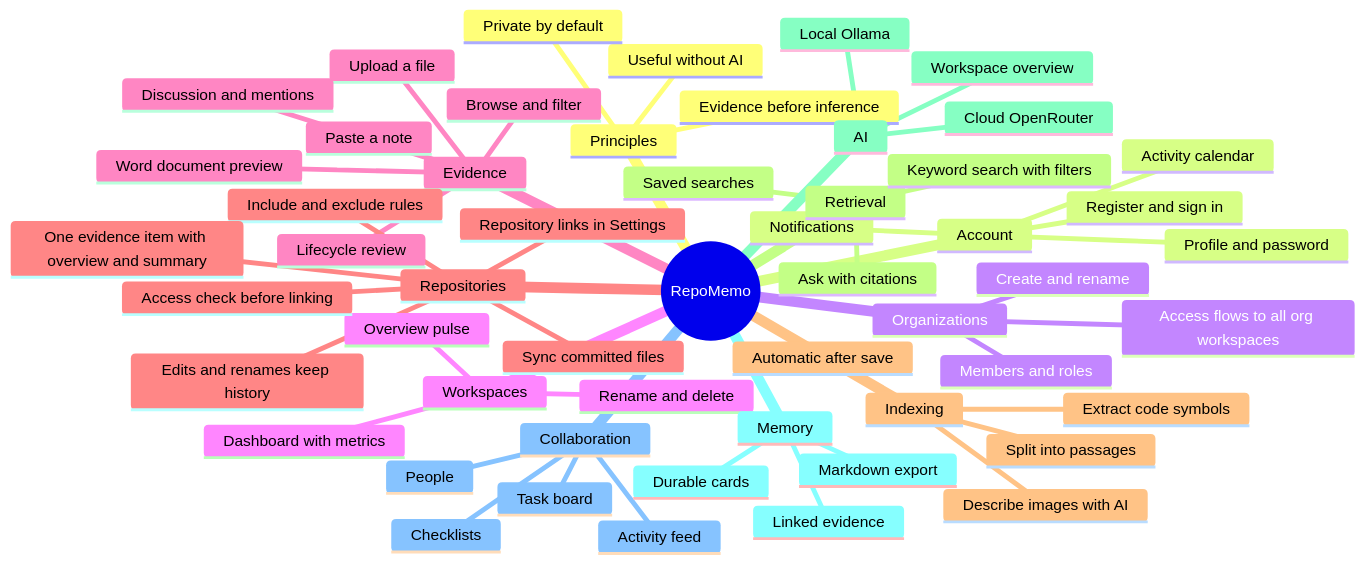
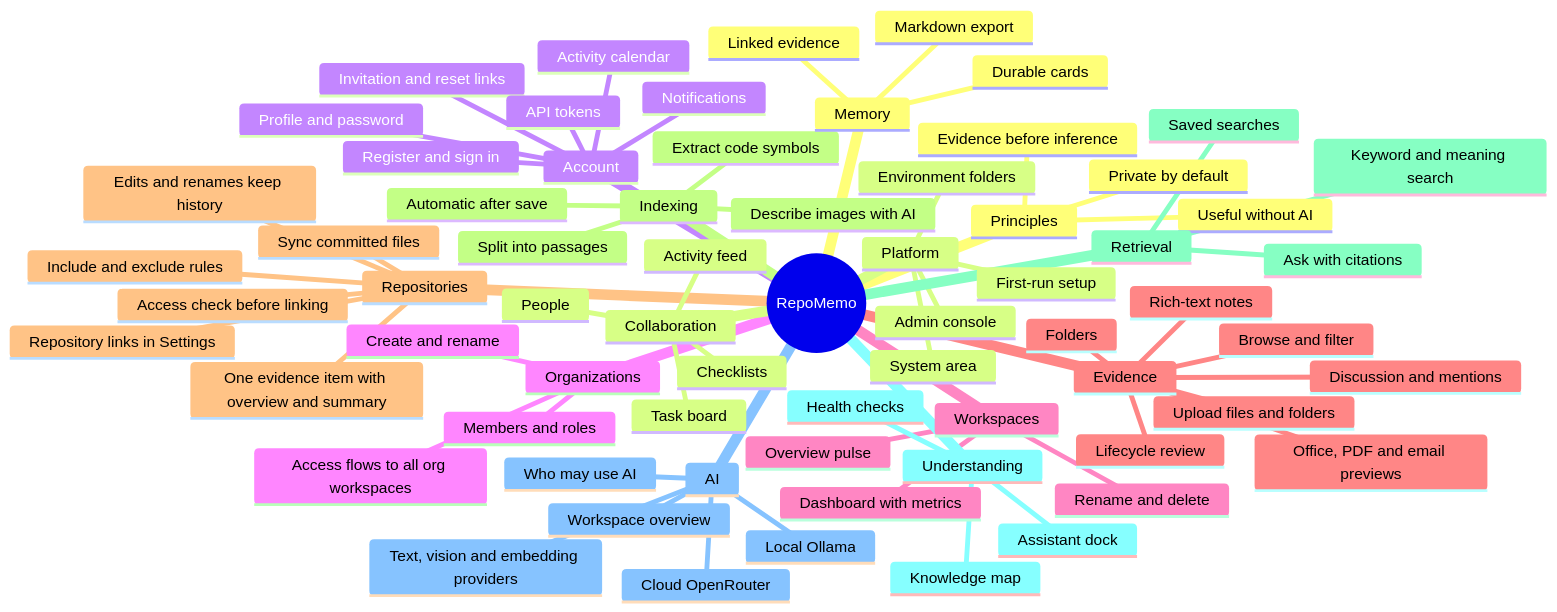
One commit to winksen/RepoMemo changed the diagram in mindmap/FUNCTIONAL_MINDMAP.md. Above: the diagram before and after it, drawn with Mermaid. The commit also changed other lines of this file and 27 other files, not shown here.

````diff
--- a/mindmap/FUNCTIONAL_MINDMAP.md
+++ b/mindmap/FUNCTIONAL_MINDMAP.md
@@ -61,57 +61,71 @@
 ```mermaid
 mindmap
   root((RepoMemo))
     Principles
       Evidence before inference
       Useful without AI
       Private by default
+    Platform
+      Environment folders
+      First-run setup
+      System area
+      Admin console
     Account
       Register and sign in
+      Invitation and reset links
       Profile and password
+      API tokens
       Activity calendar
       Notifications
     Organizations
       Create and rename
       Members and roles
       Access flows to all org workspaces
     Workspaces
       Dashboard with metrics
       Overview pulse
       Rename and delete
     Evidence
-      Paste a note
-      Upload a file
+      Rich-text notes
+      Upload files and folders
+      Folders
       Browse and filter
-      Word document preview
+      Office, PDF and email previews
       Lifecycle review
       Discussion and mentions
     Repositories
       Repository links in Settings
       Access check before linking
       Sync committed files
       Edits and renames keep history
       Include and exclude rules
       One evidence item with overview and summary
     Indexing
       Automatic after save
       Split into passages
       Extract code symbols
       Describe images with AI
     Retrieval
-      Keyword search with filters
+      Keyword and meaning search
       Saved searches
       Ask with citations
+    Understanding
+      Assistant dock
+      Knowledge map
+      Health checks
     AI
       Local Ollama
       Cloud OpenRouter
+      Text, vision and embedding providers
+      Who may use AI
       Workspace overview
     Memory
       Durable cards
       Linked evidence
       Markdown export
     Collaboration
       Task board
       Checklists
       People
       Activity feed
 ```
````
